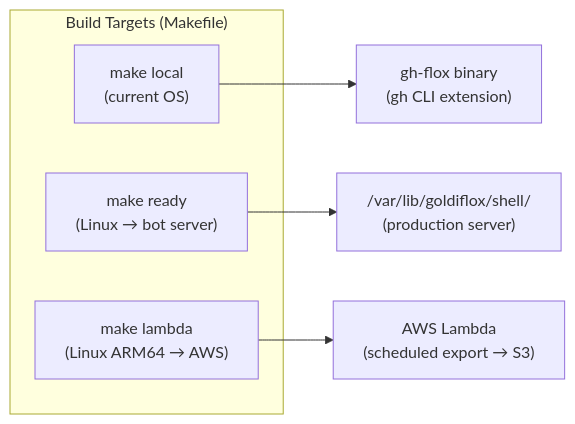
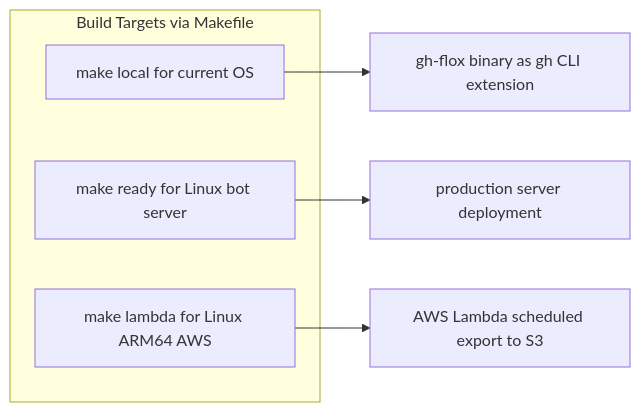
Before and after one commit to stahnma/gh-flox: diagram 12 of 12 in README.md, drawn with Mermaid. The commit also changed other lines of this file, not shown here.

First line of the commit message:
Fix Mermaid diagram syntax for GitHub rendering

````diff
--- a/README.md
+++ b/README.md
@@ -313,12 +298,12 @@
 ```mermaid
 graph LR
-    subgraph build["Build Targets (Makefile)"]
-        B1["make local\n(current OS)"]
-        B2["make ready\n(Linux → bot server)"]
-        B3["make lambda\n(Linux ARM64 → AWS)"]
+    subgraph build["Build Targets via Makefile"]
+        B1["make local for current OS"]
+        B2["make ready for Linux bot server"]
+        B3["make lambda for Linux ARM64 AWS"]
     end
 
-    B1 --> D1["gh-flox binary\n(gh CLI extension)"]
-    B2 --> D2["/var/lib/goldiflox/shell/\n(production server)"]
-    B3 --> D3["AWS Lambda\n(scheduled export → S3)"]
+    B1 --> D1["gh-flox binary as gh CLI extension"]
+    B2 --> D2["production server deployment"]
+    B3 --> D3["AWS Lambda scheduled export to S3"]
 ```
````
